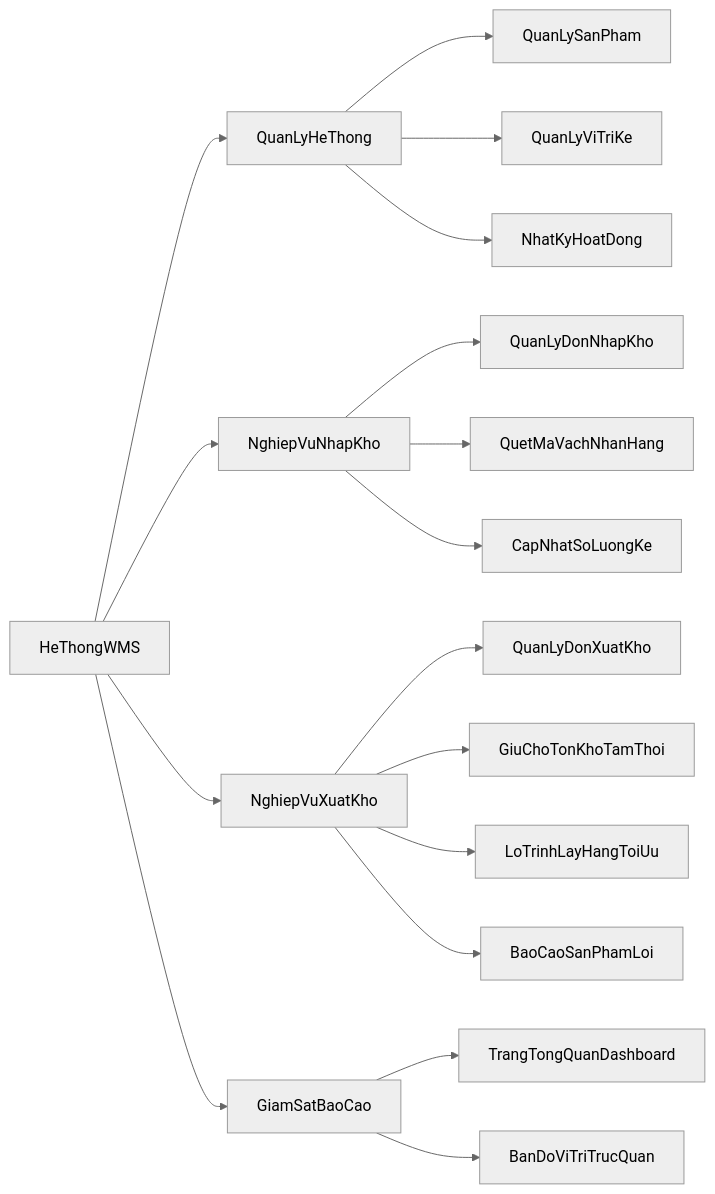
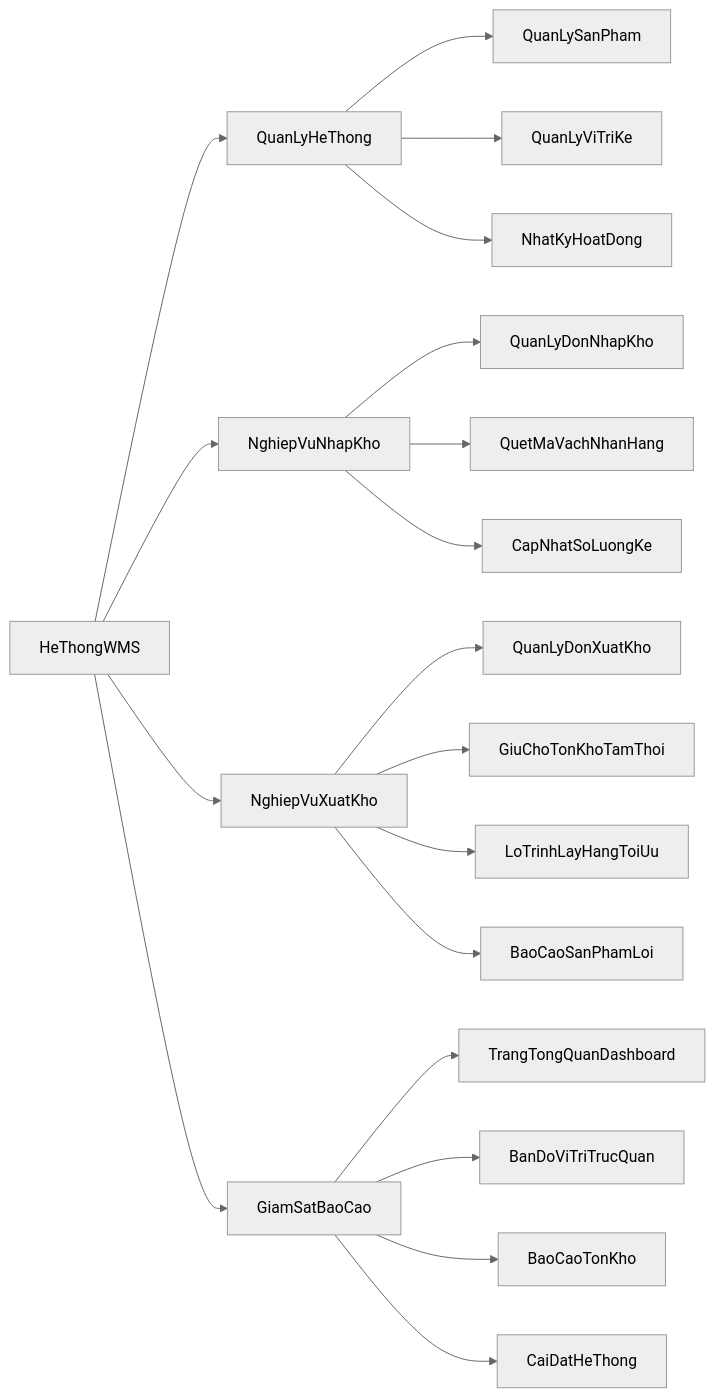
The diagram in README.md (hoanfgzang-blip/Stockroom), drawn with Mermaid (neutral theme) before and after one commit. The commit also changed other lines of this file, not shown here.

````diff
--- a/README.md
+++ b/README.md
@@ -30,23 +30,25 @@
 ```mermaid
 graph LR
     HeThongWMS --> QuanLyHeThong
     HeThongWMS --> NghiepVuNhapKho
     HeThongWMS --> NghiepVuXuatKho
     HeThongWMS --> GiamSatBaoCao
 
     QuanLyHeThong --> QuanLySanPham
     QuanLyHeThong --> QuanLyViTriKe
     QuanLyHeThong --> NhatKyHoatDong
 
     NghiepVuNhapKho --> QuanLyDonNhapKho
     NghiepVuNhapKho --> QuetMaVachNhanHang
     NghiepVuNhapKho --> CapNhatSoLuongKe
 
     NghiepVuXuatKho --> QuanLyDonXuatKho
     NghiepVuXuatKho --> GiuChoTonKhoTamThoi
     NghiepVuXuatKho --> LoTrinhLayHangToiUu
     NghiepVuXuatKho --> BaoCaoSanPhamLoi
 
     GiamSatBaoCao --> TrangTongQuanDashboard
     GiamSatBaoCao --> BanDoViTriTrucQuan
+    GiamSatBaoCao --> BaoCaoTonKho
+    GiamSatBaoCao --> CaiDatHeThong
 ```
````
